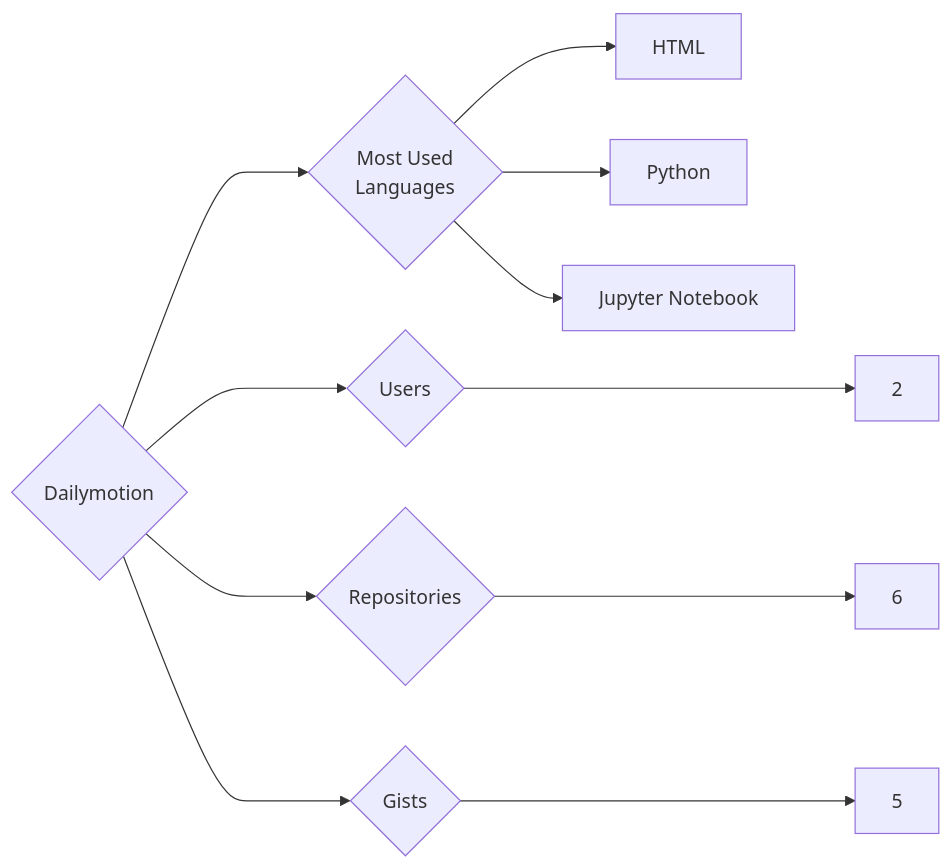
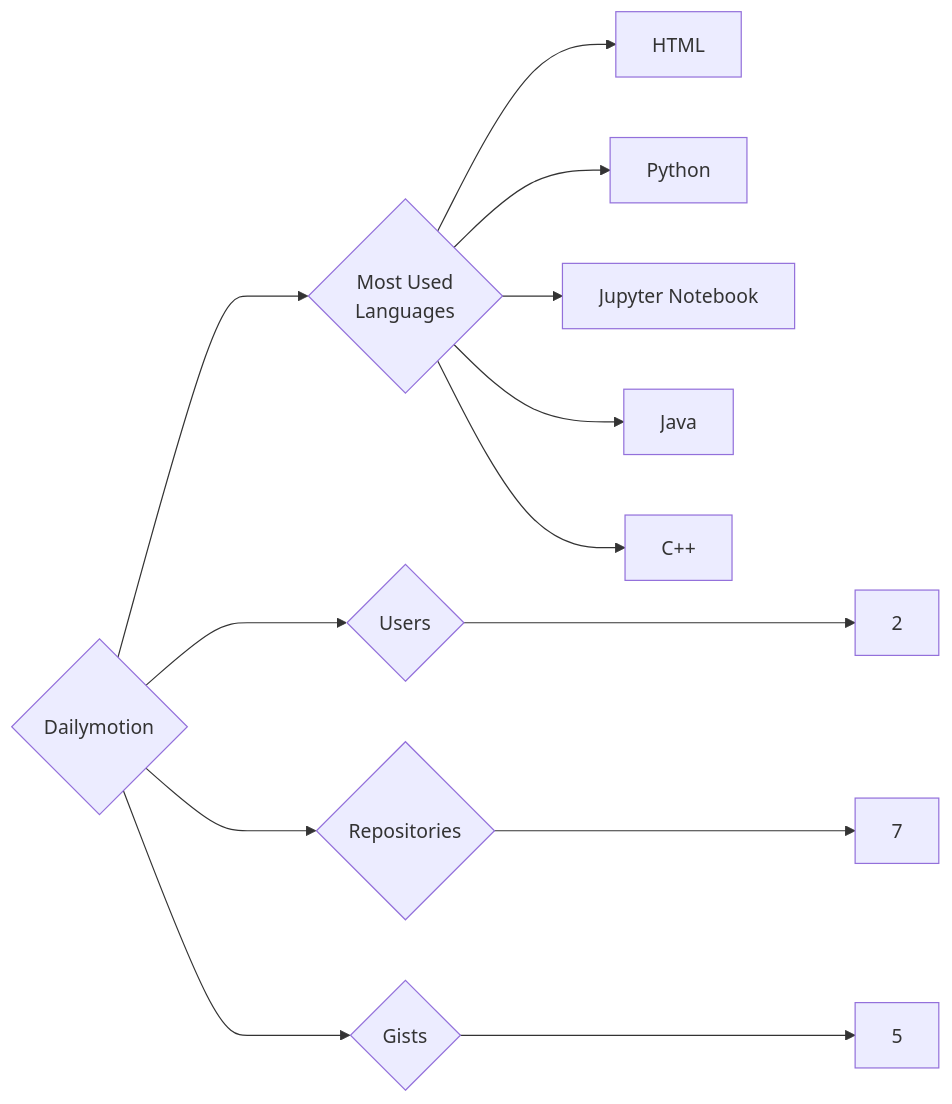
Before and after one commit to trickest/insiders: the diagram in targets/Dailymotion/README.md, drawn with Mermaid. The commit also changed 1078 other files, not shown here.

````diff
--- a/targets/Dailymotion/README.md
+++ b/targets/Dailymotion/README.md
@@ -3,11 +3,13 @@
 ```mermaid
 graph LR
 COMPANY_NAME{Dailymotion}
 COMPANY_NAME ---> U{Users} ---> UN[2]
-COMPANY_NAME ---> R{Repositories} ---> RN[6]
+COMPANY_NAME ---> R{Repositories} ---> RN[7]
 COMPANY_NAME ---> G{Gists} ---> GN[5]
 COMPANY_NAME ---> ML{Most Used<br>Languages}
 ML --> HTML[HTML]
 ML --> Python[Python]
 ML --> Jupyter_Notebook[Jupyter Notebook]
+ML --> Java[Java]
+ML --> C++[C++]
 ```
````
